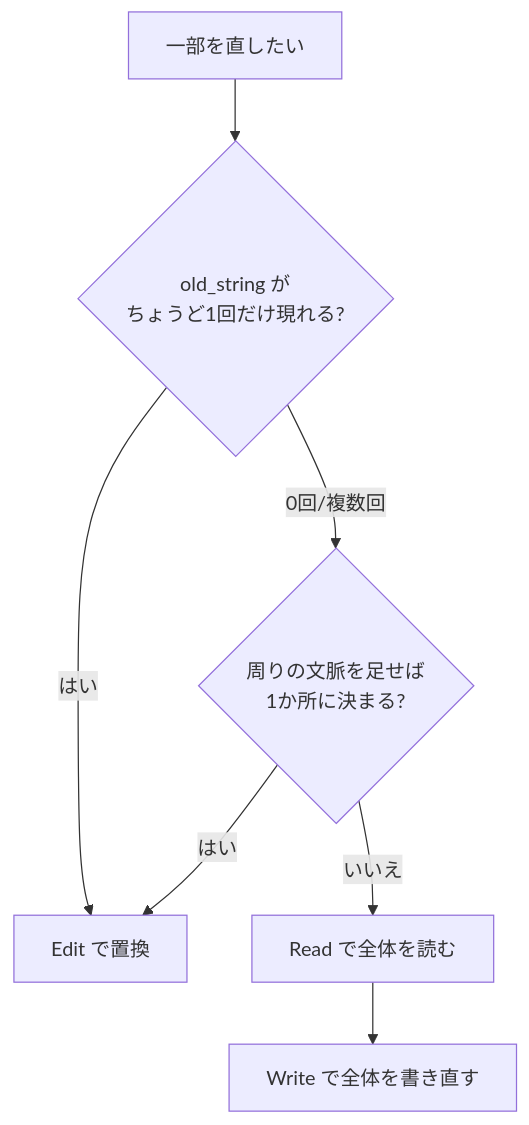
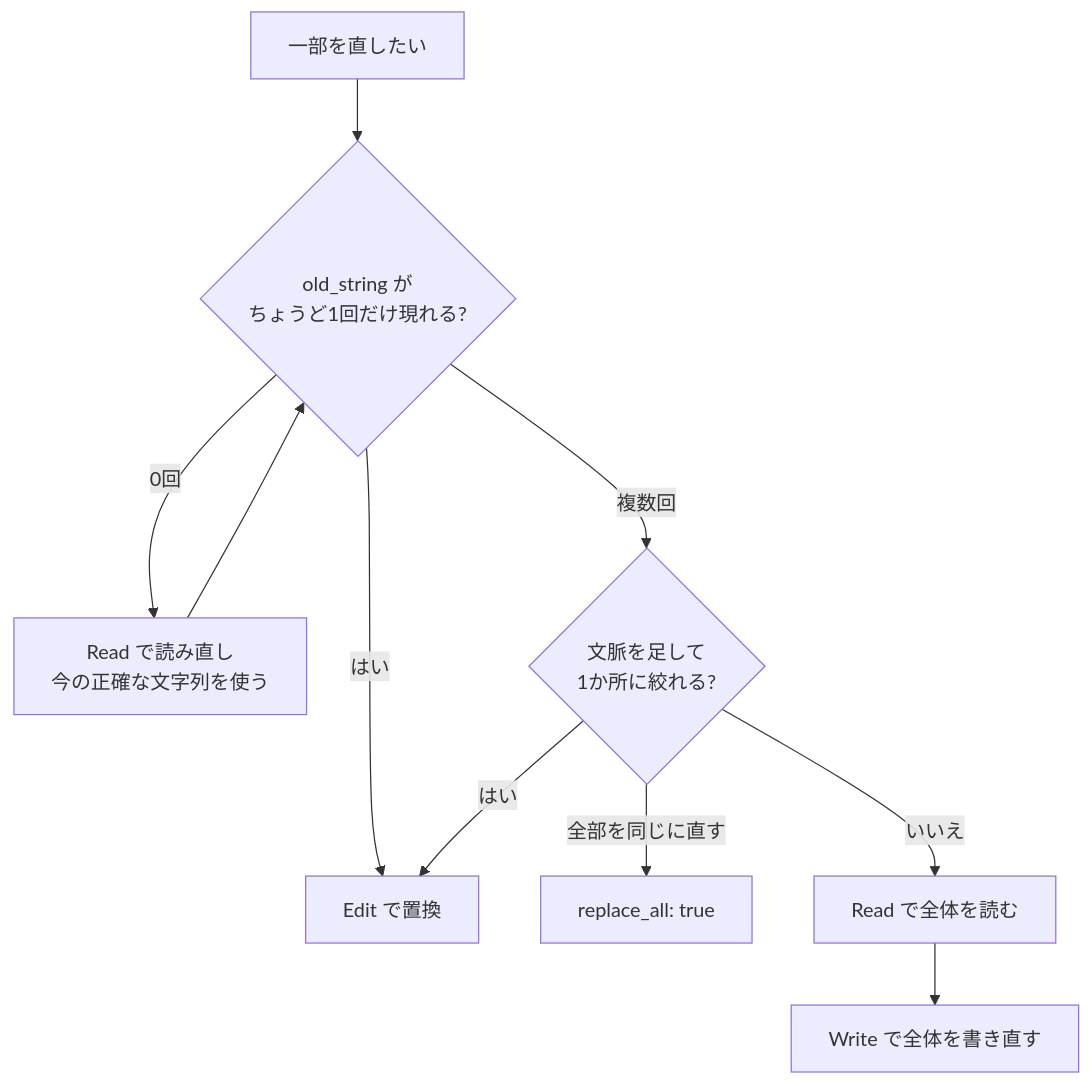
One commit to yuya-take/yuya-exam-notes changed the first of 2 diagrams in ccaf/notes/02-tool-design-mcp/builtin-tools-incremental-exploration.md. Above: the diagram before and after it, drawn with Mermaid. The commit also changed other lines of this file, not shown here.

````diff
--- a/ccaf/notes/02-tool-design-mcp/builtin-tools-incremental-exploration.md
+++ b/ccaf/notes/02-tool-design-mcp/builtin-tools-incremental-exploration.md
@@ -25,8 +25,10 @@
 ```mermaid
 flowchart TD
   A[一部を直したい] --> B{old_string が<br>ちょうど1回だけ現れる?}
   B -- はい --> C[Edit で置換]
-  B -- 0回/複数回 --> D{周りの文脈を足せば<br>1か所に決まる?}
+  B -- 0回 --> R[Read で読み直し<br>今の正確な文字列を使う] --> B
+  B -- 複数回 --> D{文脈を足して<br>1か所に絞れる?}
   D -- はい --> C
+  D -- 全部を同じに直す --> G[replace_all: true]
   D -- いいえ --> E[Read で全体を読む] --> F[Write で全体を書き直す]
 ```
````
